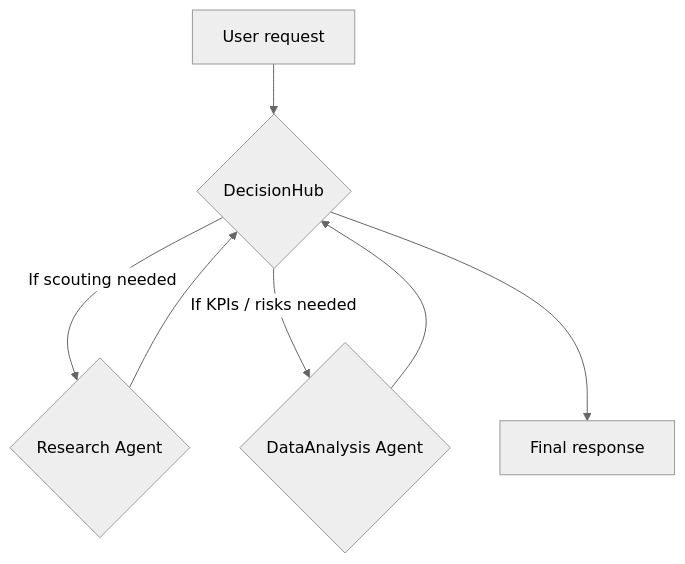
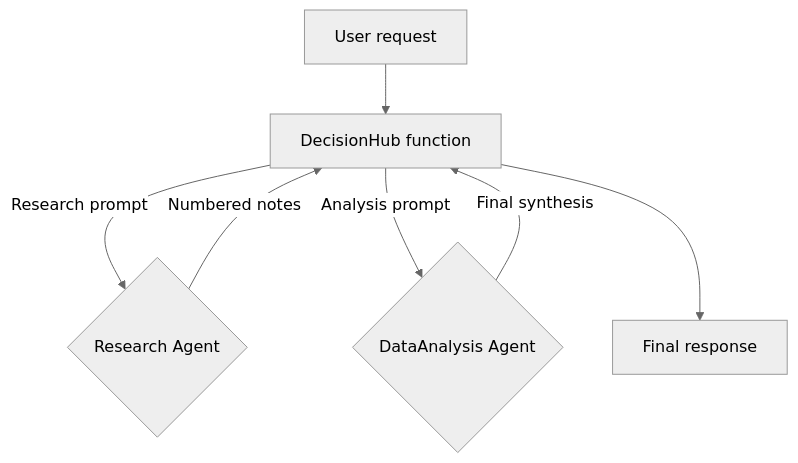
Before and after one commit to Rkomi98/Datapizza: the first of 2 diagrams in DatapizzAI/PizzAI/Agents/README_AGENT_COMPLETE_GUIDE_EN.md, drawn with Mermaid (neutral theme). The commit also changed other lines of this file and 3 other files, not shown here.

````diff
--- a/DatapizzAI/PizzAI/Agents/README_AGENT_COMPLETE_GUIDE_EN.md
+++ b/DatapizzAI/PizzAI/Agents/README_AGENT_COMPLETE_GUIDE_EN.md
@@ -91,9 +91,9 @@
 ```mermaid
 graph TD
-    U["User request"] --> H{"DecisionHub"}
-    H -->|If scouting needed| R{"Research Agent"}
-    H -->|If KPIs / risks needed| D{"DataAnalysis Agent"}
-    R --> H
-    D --> H
-    H --> F["Final response"]
+    U["User request"] --> P["DecisionHub function"]
+    P -->|Research prompt| R{"Research Agent"}
+    R -->|Numbered notes| P
+    P -->|Analysis prompt| D{"DataAnalysis Agent"}
+    D -->|Final synthesis| P
+    P --> F["Final response"]
 ```
````
